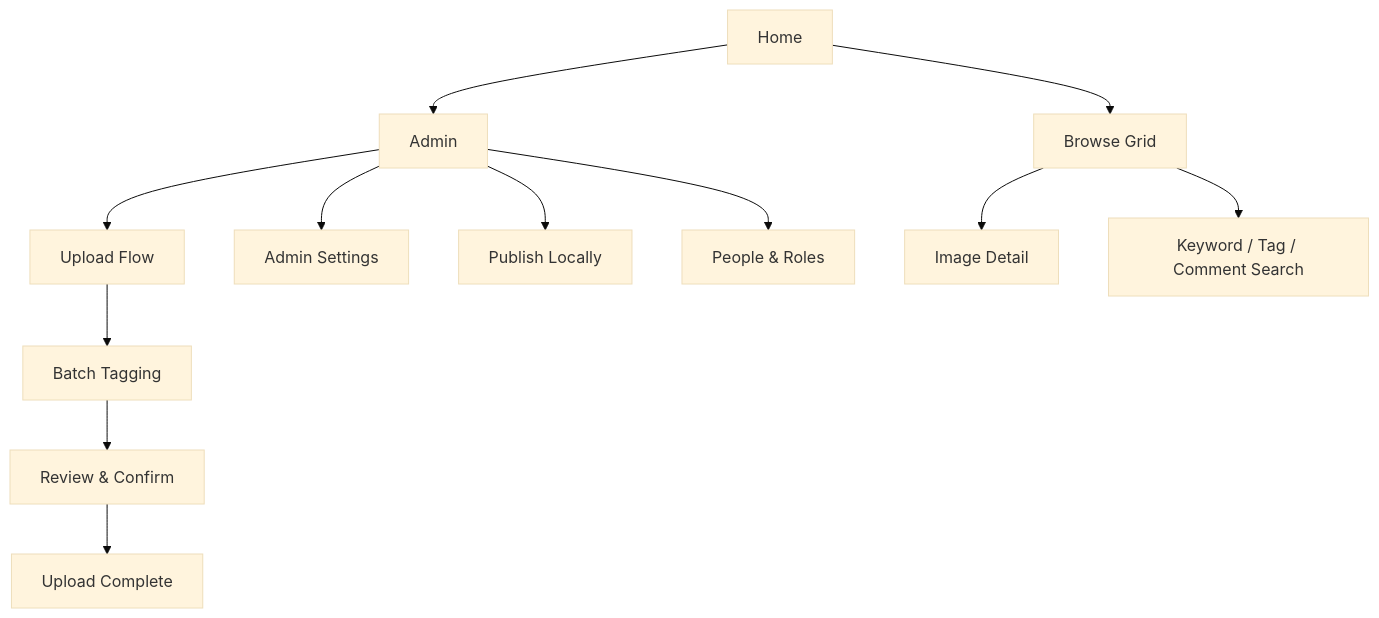
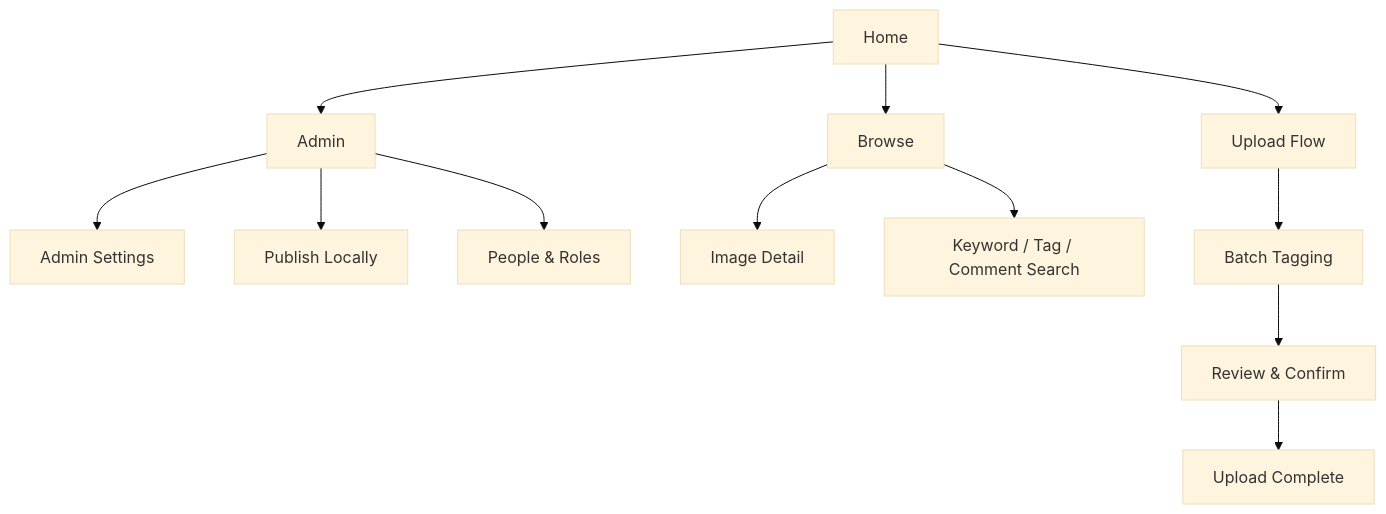
Before and after one commit to leahgarrett/image-management-system: the first of 7 diagrams in docs/ui-flow.md, drawn with Mermaid (base theme). The commit also changed other lines of this file and 1 other file, not shown here.

````diff
--- a/docs/ui-flow.md
+++ b/docs/ui-flow.md
@@ -12,16 +12,16 @@
 ```mermaid
 flowchart TD
-    Home[Home] --> Browse[Browse Grid]
+    Home[Home] --> Browse
     Home --> Admin
-    Admin --> Upload[Upload Flow]
+    Home --> Upload[Upload Flow]
     Admin --> Settings[Admin Settings<br/>]
     Admin --> Publish[Publish Locally<br/>]
     Admin --> People[People & Roles<br/>]
 
     Browse --> Detail[Image Detail]
     Browse --> SearchBar[Keyword / Tag / Comment Search]
 
     Upload --> BatchTag[Batch Tagging]
     BatchTag --> ReviewUpload[Review & Confirm]
     ReviewUpload --> DoneUpload[Upload Complete]
 ```
````
